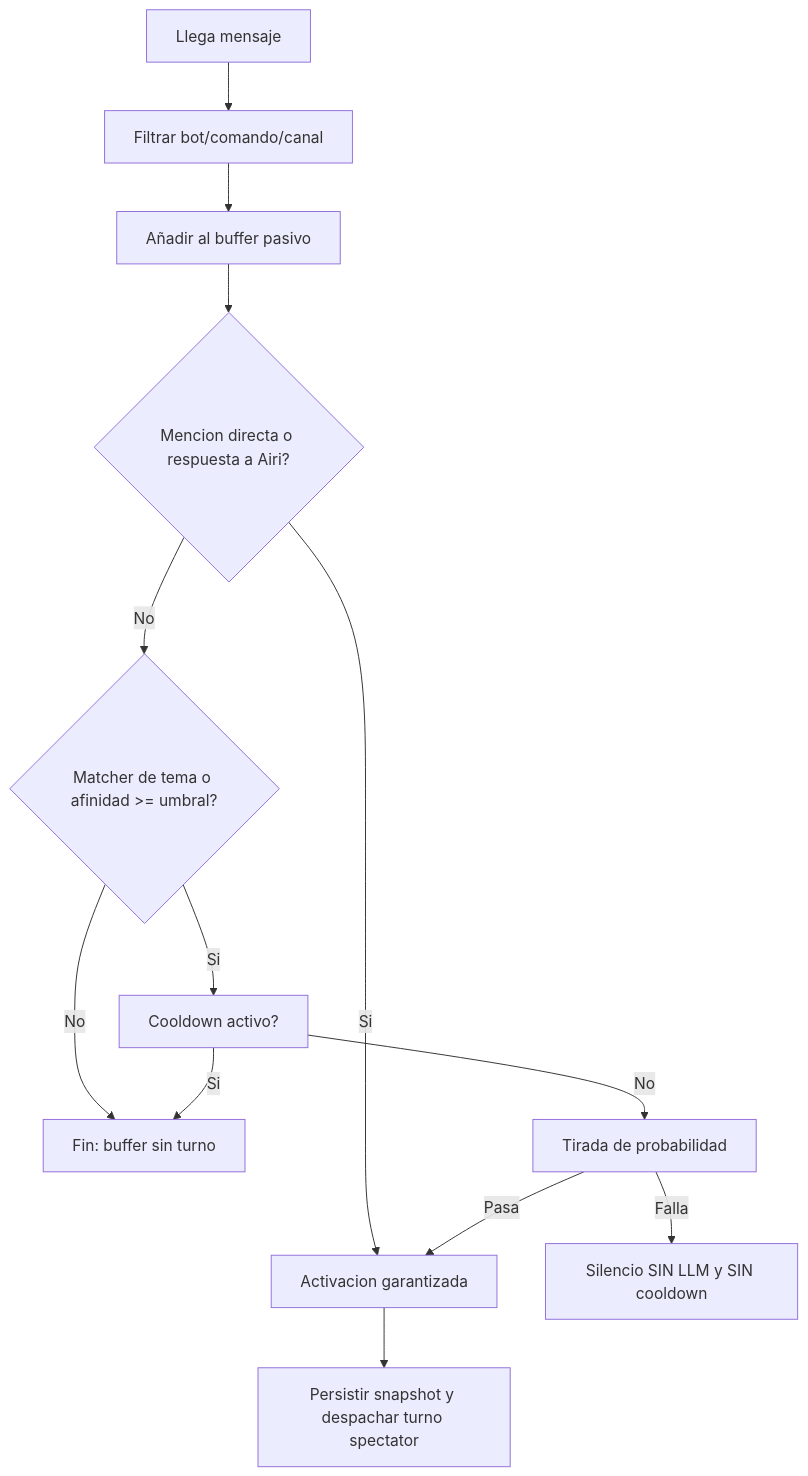
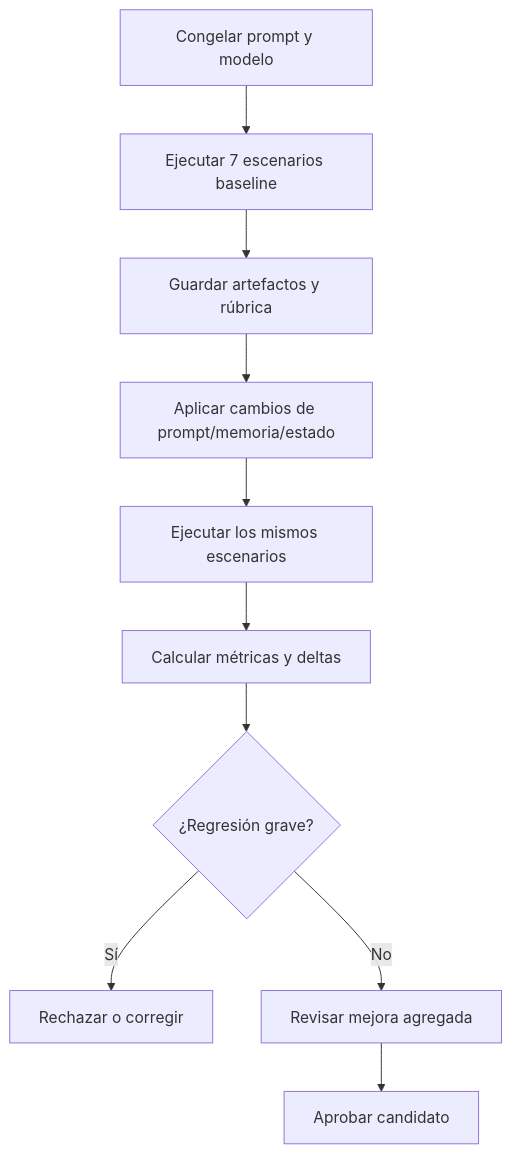
Before and after one commit to airi-moe-team/airi-moe-bot: the second of 2 diagrams in .kiro/specs/airi-interaccion-natural/design.md, drawn with Mermaid. The commit also changed other lines of this file and 90 other files, not shown here.

````diff
--- a/.kiro/specs/airi-interaccion-natural/design.md
+++ b/.kiro/specs/airi-interaccion-natural/design.md
@@ -137,15 +389,12 @@
 ```mermaid
 flowchart TD
-  A[Llega mensaje] --> B[Filtrar bot/comando/canal]
-  B --> C[Añadir al buffer pasivo]
-  C --> D{Mencion directa o respuesta a Airi?}
-  D -->|Si| F[Activacion garantizada]
-  D -->|No| E{Matcher de tema o afinidad >= umbral?}
-  E -->|No| G[Fin: buffer sin turno]
-  E -->|Si| H[Cooldown activo?]
-  H -->|Si| G
-  H -->|No| I[Tirada de probabilidad]
-  I -->|Falla| J[Silencio SIN LLM y SIN cooldown]
-  I -->|Pasa| F
-  F --> K[Persistir snapshot y despachar turno spectator]
+  A[Congelar prompt y modelo] --> B[Ejecutar 7 escenarios baseline]
+  B --> C[Guardar artefactos y rúbrica]
+  C --> D[Aplicar cambios de prompt/memoria/estado]
+  D --> E[Ejecutar los mismos escenarios]
+  E --> F[Calcular métricas y deltas]
+  F --> G{¿Regresión grave?}
+  G -->|Sí| H[Rechazar o corregir]
+  G -->|No| I[Revisar mejora agregada]
+  I --> J[Aprobar candidato]
 ```
````
